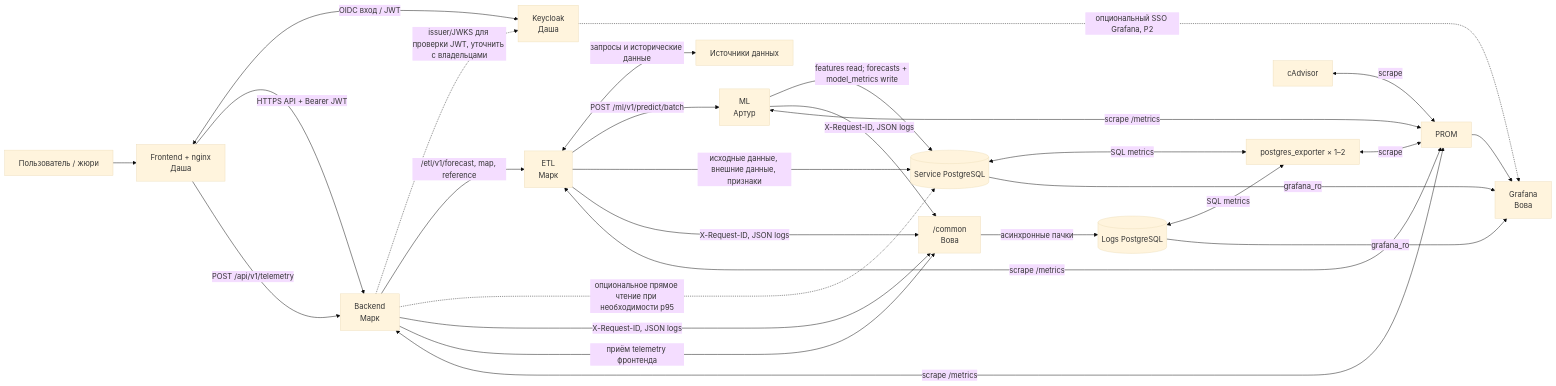
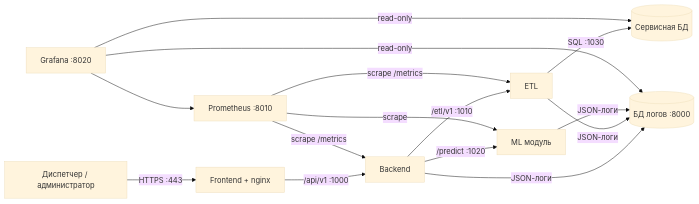
Before and after one commit to ResonanceTECH/MosTransport_hack26: the diagram in README.md, drawn with Mermaid (base theme). The commit also changed other lines of this file and 194 other files, not shown here.

````diff
--- a/README.md
+++ b/README.md
@@ -52,32 +62,17 @@
 ```mermaid
 flowchart LR
-    U[Пользователь / жюри] --> FE[Frontend + nginx<br/>Даша]
-    FE <-->|OIDC вход / JWT| KC[Keycloak<br/>Даша]
-    FE -->|HTTPS API + Bearer JWT| BE[Backend<br/>Марк]
-    FE -->|POST /api/v1/telemetry| BE
-    BE -.->|issuer/JWKS для проверки JWT, уточнить с владельцами| KC
-    BE -->|/etl/v1/forecast, map, reference| ETL[ETL<br/>Марк]
-    ETL <-->|запросы и исторические данные| EXT[Источники данных]
-    ETL -->|POST /ml/v1/predict/batch| ML[ML<br/>Артур]
-    ETL -->|исходные данные, внешние данные, признаки| DB[(Service PostgreSQL)]
-    ML -->|features read; forecasts + model_metrics write| DB
-    BE -.->|опциональное прямое чтение при необходимости p95| DB
-
-    BE -->|X-Request-ID, JSON logs| COMMON["/common<br/>Вова"]
-    ETL -->|X-Request-ID, JSON logs| COMMON
-    ML -->|X-Request-ID, JSON logs| COMMON
-    COMMON -->|асинхронные пачки| LOGS[(Logs PostgreSQL)]
-    BE -->|приём telemetry фронтенда| COMMON
-
-    PROM <-->|scrape /metrics| BE
-    PROM <-->|scrape /metrics| ETL
-    PROM <-->|scrape /metrics| ML
-    DB <-->|SQL metrics| PE[postgres_exporter × 1–2]
-    LOGS <-->|SQL metrics| PE
-    PE <-->|scrape| PROM
-    CAD[cAdvisor] <-->|scrape| PROM
-    PROM --> GRAF[Grafana<br/>Вова]
-    DB -->|grafana_ro| GRAF
-    LOGS -->|grafana_ro| GRAF
-    KC -.->|опциональный SSO Grafana, P2| GRAF
+    U[Диспетчер / администратор] -->|HTTPS :443| FE[Frontend + nginx]
+    FE -->|/api/v1 :1000| BE[Backend]
+    BE -->|/etl/v1 :1010| ETL[ETL]
+    BE -->|/predict :1020| ML[ML модуль]
+    ETL -->|SQL :1030| DB[(Сервисная БД)]
+    BE -->|JSON-логи| LOGS[(БД логов :8000)]
+    ETL -->|JSON-логи| LOGS
+    ML -->|JSON-логи| LOGS
+    PROM[Prometheus :8010] -->|scrape /metrics| BE
+    PROM -->|scrape /metrics| ETL
+    PROM -->|scrape| ML
+    GRAF[Grafana :8020] --> PROM
+    GRAF -->|read-only| DB
+    GRAF -->|read-only| LOGS
 ```
````
